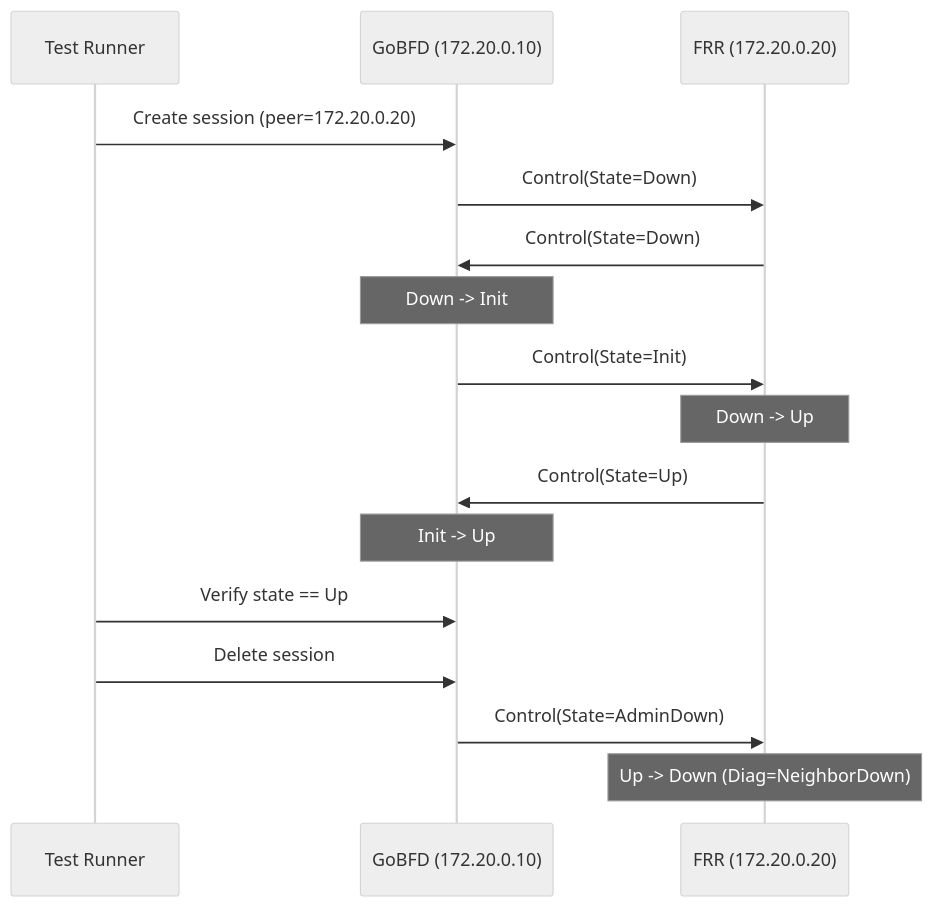
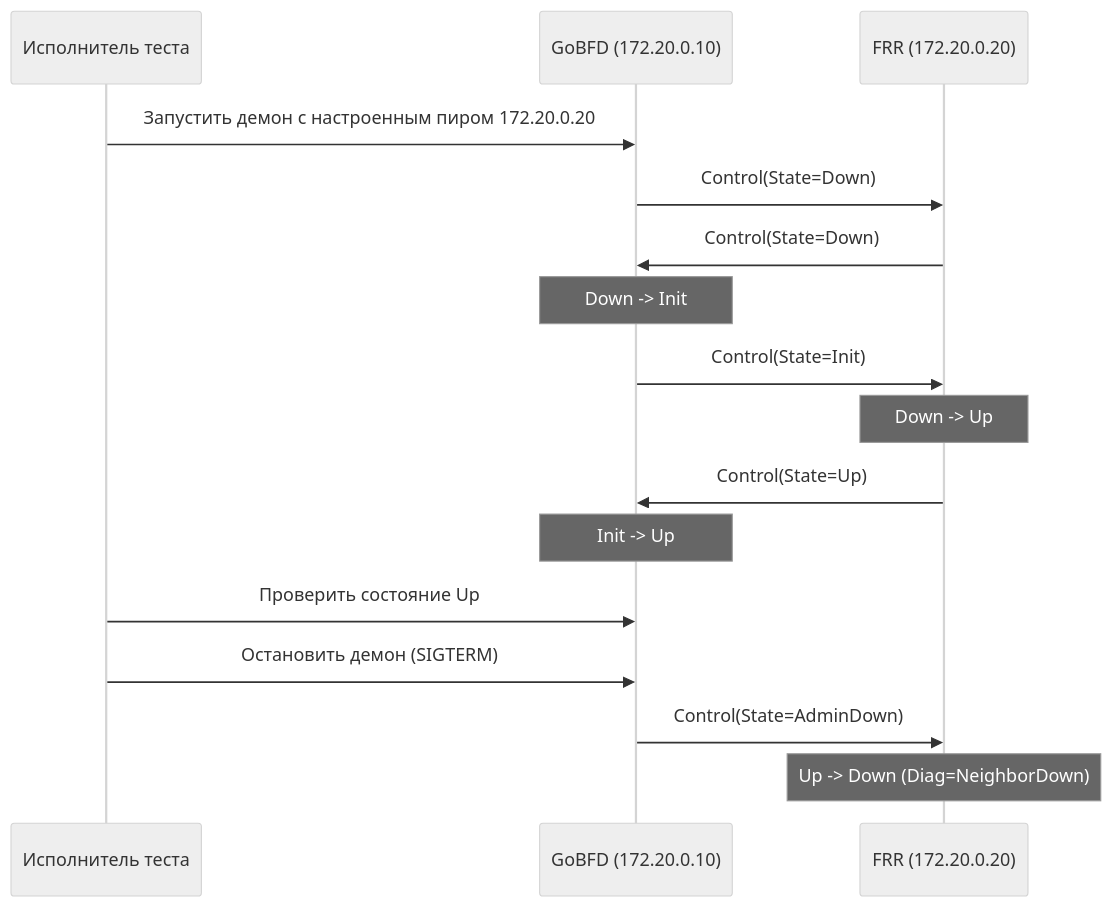
Before and after one commit to dantte-lp/gobfd: the second of 5 diagrams in docs/ru/05-interop.md, drawn with Mermaid (neutral theme). The commit also changed other lines of this file and 24 other files, not shown here.

````diff
--- a/docs/ru/05-interop.md
+++ b/docs/ru/05-interop.md
@@ -360,19 +360,19 @@
 ```mermaid
 sequenceDiagram
-    participant T as Test Runner
+    participant T as Исполнитель теста
     participant G as GoBFD (172.20.0.10)
     participant F as FRR (172.20.0.20)
 
-    T->>G: Create session (peer=172.20.0.20)
+    T->>G: Запустить демон с настроенным пиром 172.20.0.20
     G->>F: Control(State=Down)
     F->>G: Control(State=Down)
     Note over G: Down -> Init
     G->>F: Control(State=Init)
     Note over F: Down -> Up
     F->>G: Control(State=Up)
     Note over G: Init -> Up
-    T->>G: Verify state == Up
-    T->>G: Delete session
+    T->>G: Проверить состояние Up
+    T->>G: Остановить демон (SIGTERM)
     G->>F: Control(State=AdminDown)
     Note over F: Up -> Down (Diag=NeighborDown)
 ```
````
